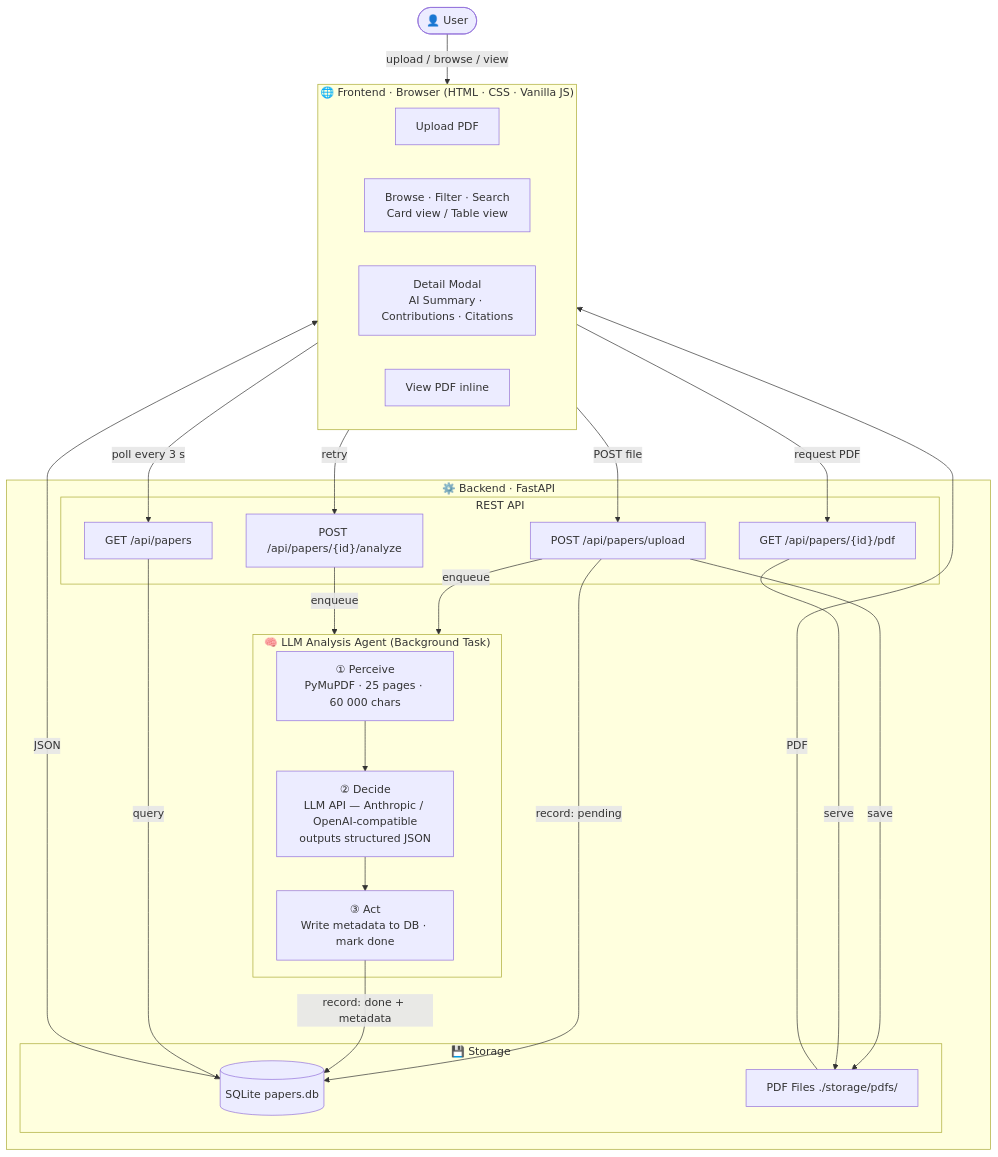
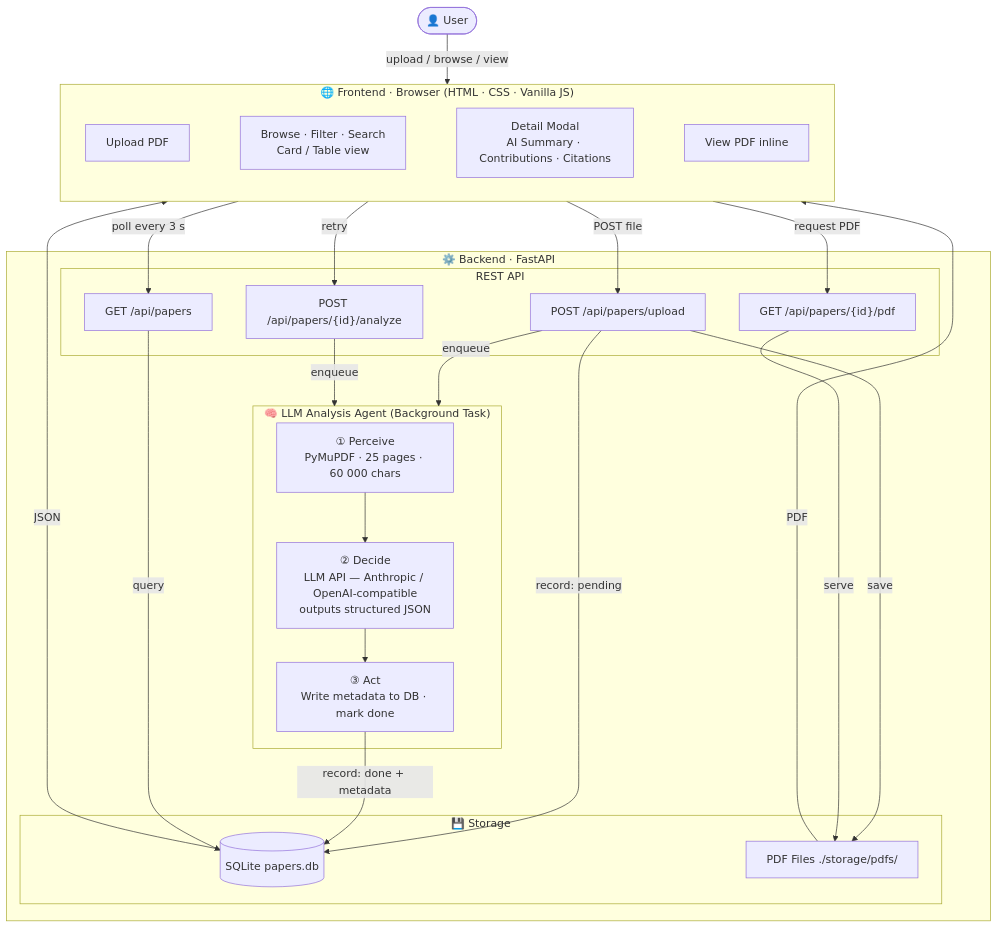
One commit to miles031104/paperlibrary changed the diagram in README.md. Above: the diagram before and after it, drawn with Mermaid.

Commit message:
docs: fix Frontend subgraph layout — use ~~~ to force horizontal row
GitHub Mermaid renderer does not support direction LR inside subgraphs.
Replaced with invisible edges (~~~) to place nodes on the same rank.

````diff
--- a/README.md
+++ b/README.md
@@ -39,53 +39,49 @@
 ```mermaid
 flowchart TD
     User(["👤 User"])
 
     subgraph Frontend["🌐 Frontend · Browser (HTML · CSS · Vanilla JS)"]
-        direction LR
-        F1["Upload PDF"]
-        F2["Browse · Filter · Search\nCard view  /  Table view"]
-        F3["Detail Modal\nAI Summary · Contributions · Citations"]
-        F4["View PDF inline"]
+        F1["Upload PDF"] ~~~ F2["Browse · Filter · Search\nCard / Table view"] ~~~ F3["Detail Modal\nAI Summary · Contributions · Citations"] ~~~ F4["View PDF inline"]
     end
 
     subgraph Backend["⚙️ Backend · FastAPI"]
         subgraph API["REST API"]
             E1["POST /api/papers/upload"]
             E2["GET  /api/papers"]
             E3["GET  /api/papers/{id}/pdf"]
             E4["POST /api/papers/{id}/analyze"]
         end
 
         subgraph Agent["🧠 LLM Analysis Agent  (Background Task)"]
             Perceive["① Perceive\nPyMuPDF · 25 pages · 60 000 chars"]
             Decide["② Decide\nLLM API — Anthropic / OpenAI-compatible\noutputs structured JSON"]
             Act["③ Act\nWrite metadata to DB · mark done"]
             Perceive --> Decide --> Act
         end
 
         subgraph Storage["💾 Storage"]
             DB[("SQLite  papers.db")]
             FS["PDF Files  ./storage/pdfs/"]
         end
     end
 
     User -->|"upload / browse / view"| Frontend
 
     Frontend -->|"POST file"| E1
     Frontend -->|"poll every 3 s"| E2
     Frontend -->|"request PDF"| E3
     Frontend -->|"retry"| E4
 
     E1 -->|"save"| FS
     E1 -->|"record: pending"| DB
     E1 -->|"enqueue"| Agent
     E4 -->|"enqueue"| Agent
 
     Act -->|"record: done + metadata"| DB
 
     E2 -->|"query"| DB
     E3 -->|"serve"| FS
 
     DB -->|"JSON"| Frontend
     FS -->|"PDF"| Frontend
 ```
````
